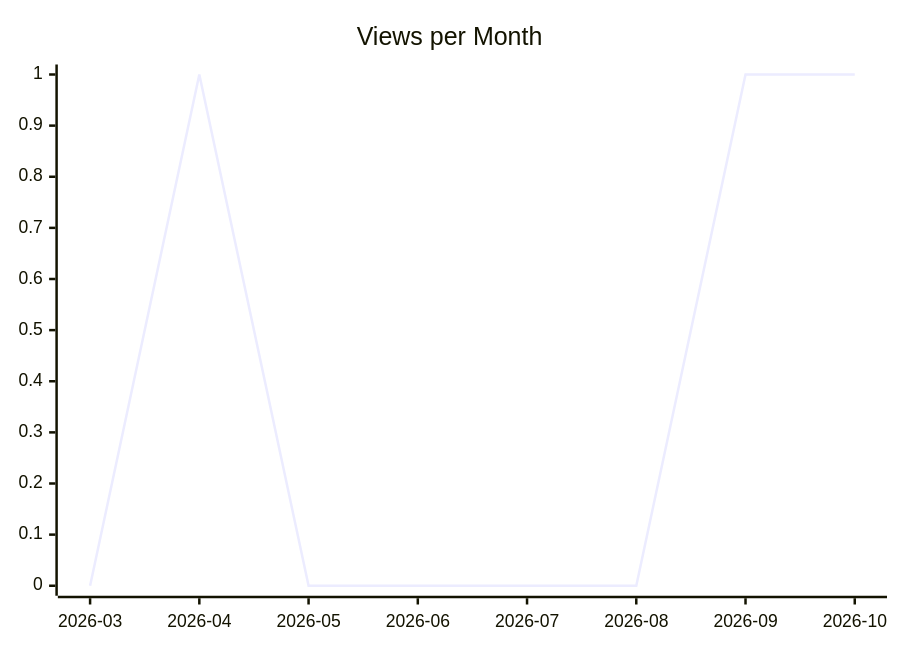
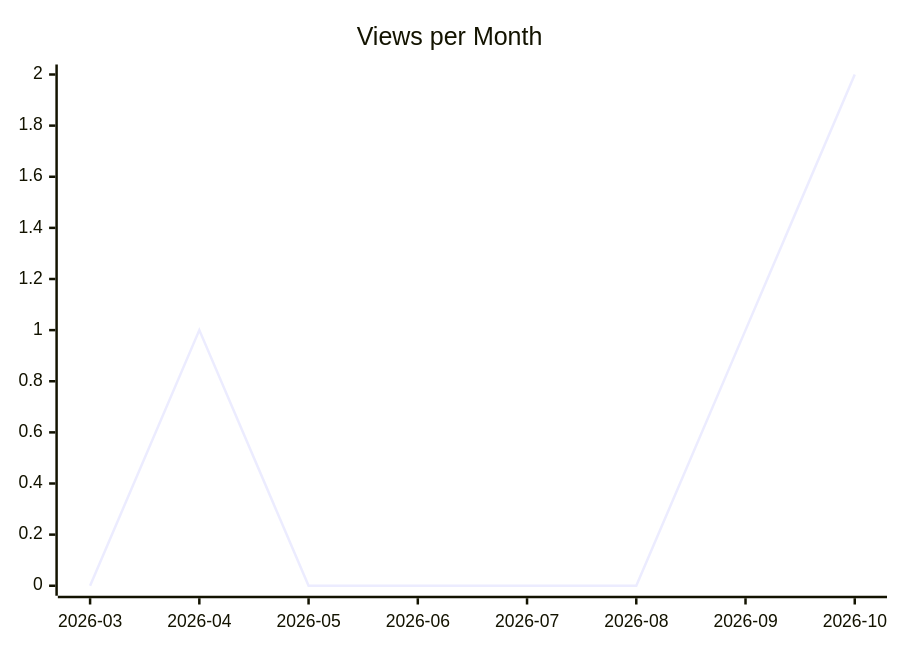
One commit to justdavis-family/github-analytics-data changed the second of 3 diagrams in karlmdavis/obsidian-operator/README.md. Above: the diagram before and after it, drawn with Mermaid. The commit also changed other lines of this file and 198 other files, not shown here.

````diff
--- a/karlmdavis/obsidian-operator/README.md
+++ b/karlmdavis/obsidian-operator/README.md
@@ -12,6 +12,6 @@
 ```mermaid
 xychart-beta
   title "Views per Month"
   x-axis ["2026-03", "2026-04", "2026-05", "2026-06", "2026-07", "2026-08", "2026-09", "2026-10"]
-  line [0, 1, 0, 0, 0, 0, 1, 1]
+  line [0, 1, 0, 0, 0, 0, 1, 2]
 ```
````
